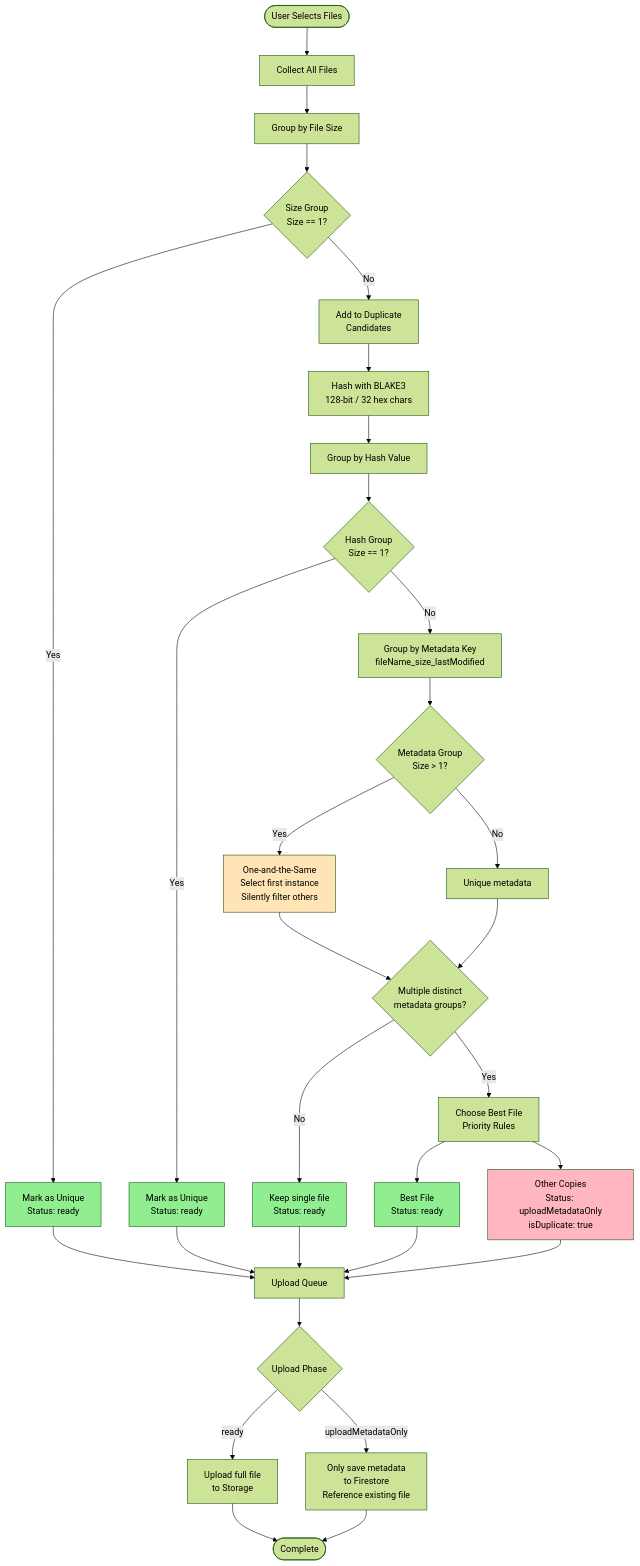
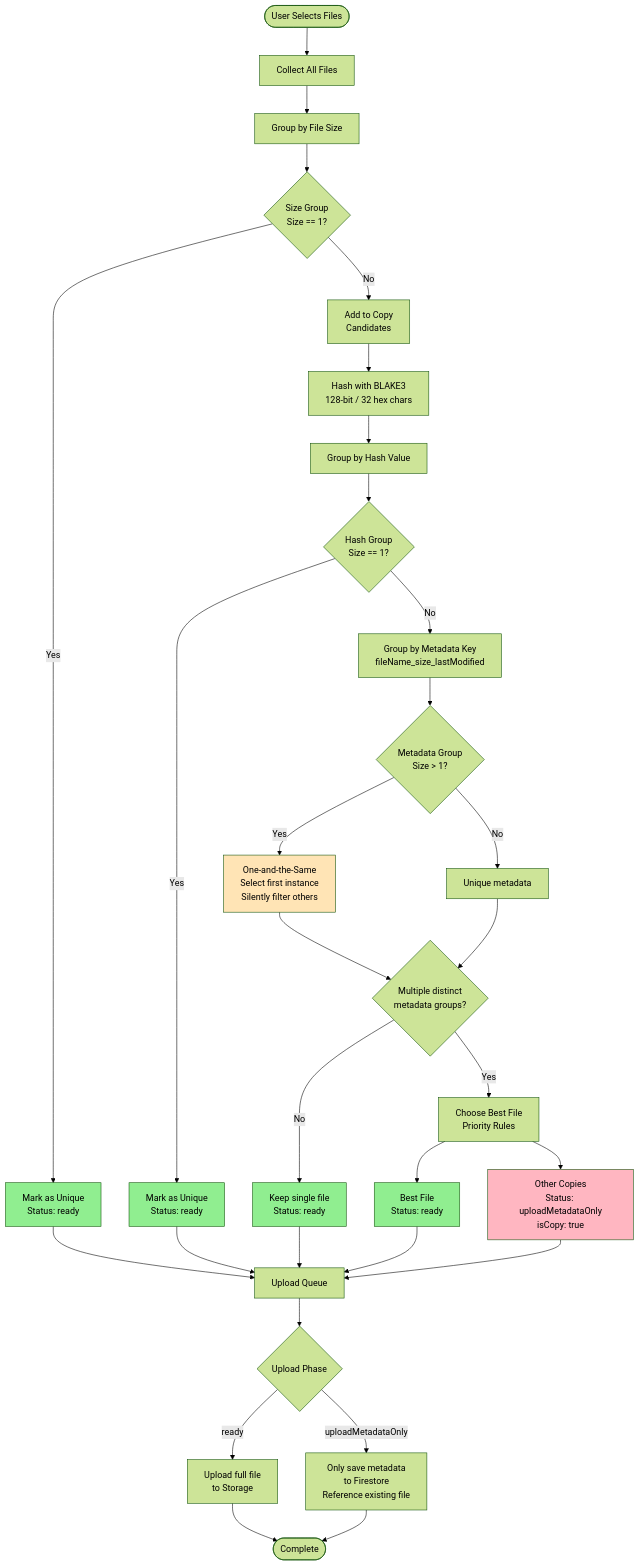
One commit to Mharbulous/Listbot.ca changed the first of 2 diagrams in docs/architecture/client-deduplication-analysis.md. Above: the diagram before and after it, drawn with Mermaid (forest theme). The commit also changed other lines of this file and 5 other files, not shown here.

Commit message:
Update codebase documentation to consistently used defined terms: Duplicate, Copy, One-and-same

````diff
--- a/docs/architecture/client-deduplication-analysis.md
+++ b/docs/architecture/client-deduplication-analysis.md
@@ -13,49 +22,49 @@
 ```mermaid
 flowchart TD
     Start([User Selects Files]) --> A[Collect All Files]
     A --> B[Group by File Size]
 
     B --> C{Size Group<br/>Size == 1?}
     C -->|Yes| D[Mark as Unique<br/>Status: ready]
-    C -->|No| E[Add to Duplicate<br/>Candidates]
+    C -->|No| E[Add to Copy<br/>Candidates]
 
     E --> F[Hash with BLAKE3<br/>128-bit / 32 hex chars]
     F --> G[Group by Hash Value]
 
     G --> H{Hash Group<br/>Size == 1?}
     H -->|Yes| I[Mark as Unique<br/>Status: ready]
     H -->|No| J[Group by Metadata Key<br/>fileName_size_lastModified]
 
     J --> K{Metadata Group<br/>Size > 1?}
     K -->|Yes| L[One-and-the-Same<br/>Select first instance<br/>Silently filter others]
     K -->|No| M[Unique metadata]
 
     L --> N{Multiple distinct<br/>metadata groups?}
     M --> N
 
     N -->|No| O[Keep single file<br/>Status: ready]
     N -->|Yes| P[Choose Best File<br/>Priority Rules]
 
     P --> Q[Best File<br/>Status: ready]
-    P --> R[Other Copies<br/>Status: uploadMetadataOnly<br/>isDuplicate: true]
+    P --> R[Other Copies<br/>Status: uploadMetadataOnly<br/>isCopy: true]
 
     D --> S[Upload Queue]
     I --> S
     O --> S
     Q --> S
     R --> S
 
     S --> T{Upload Phase}
     T -->|ready| U[Upload full file<br/>to Storage]
     T -->|uploadMetadataOnly| V[Only save metadata<br/>to Firestore<br/>Reference existing file]
 
     U --> W([Complete])
     V --> W
 
     style D fill:#90EE90
     style I fill:#90EE90
     style O fill:#90EE90
     style Q fill:#90EE90
     style R fill:#FFB6C1
     style L fill:#FFE4B5
 ```
````
